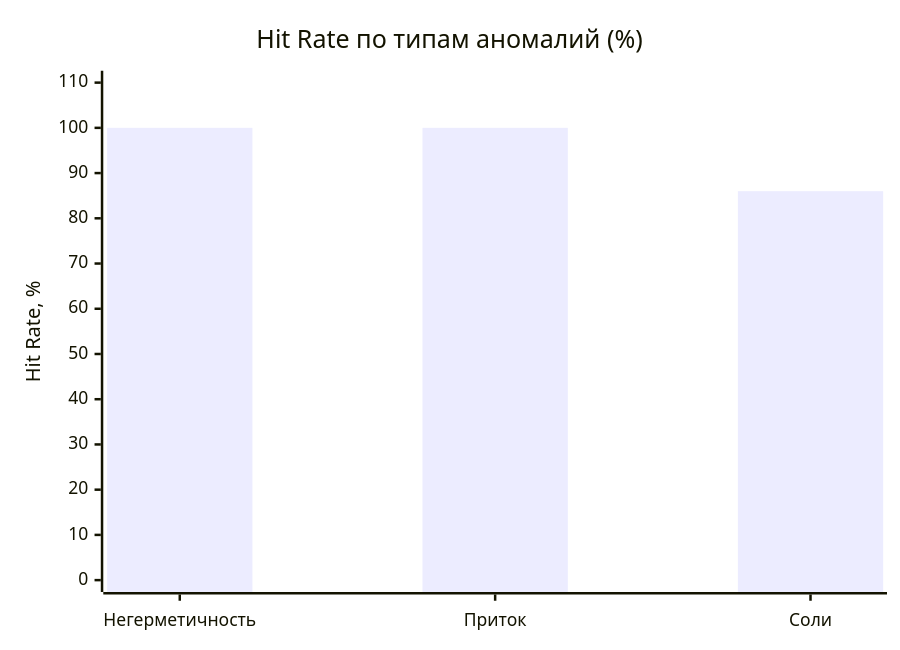
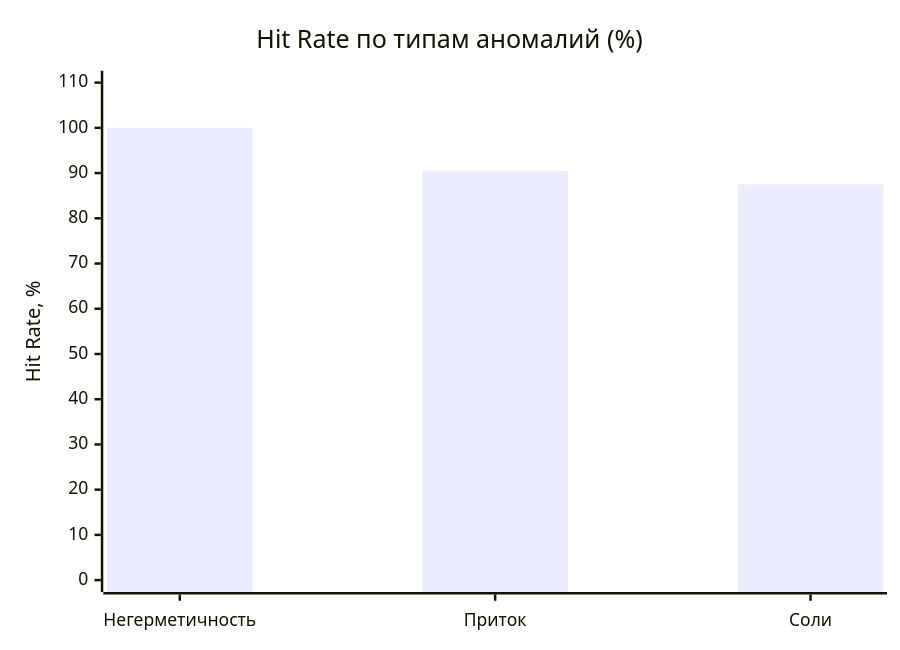
One commit to DarkPrinceWarrior/alma_servie changed the eighth of 8 diagrams in docs/ALMA_система_детекции_аномалий.md. Above: the diagram before and after it, drawn with Mermaid. The commit also changed other lines of this file and 6 other files, not shown here.

````diff
--- a/docs/ALMA_система_детекции_аномалий.md
+++ b/docs/ALMA_система_детекции_аномалий.md
@@ -503,7 +580,7 @@
 ```mermaid
 xychart-beta
     title "Hit Rate по типам аномалий (%)"
     x-axis ["Негерметичность", "Приток", "Соли"]
     y-axis "Hit Rate, %" 0 --> 110
-    bar [100, 100, 86]
+    bar [100, 90.5, 87.5]
 ```
````
